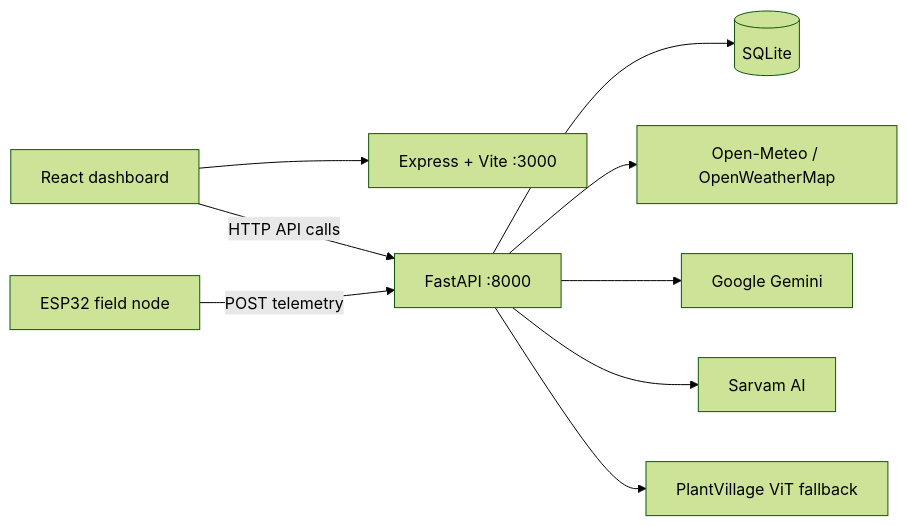
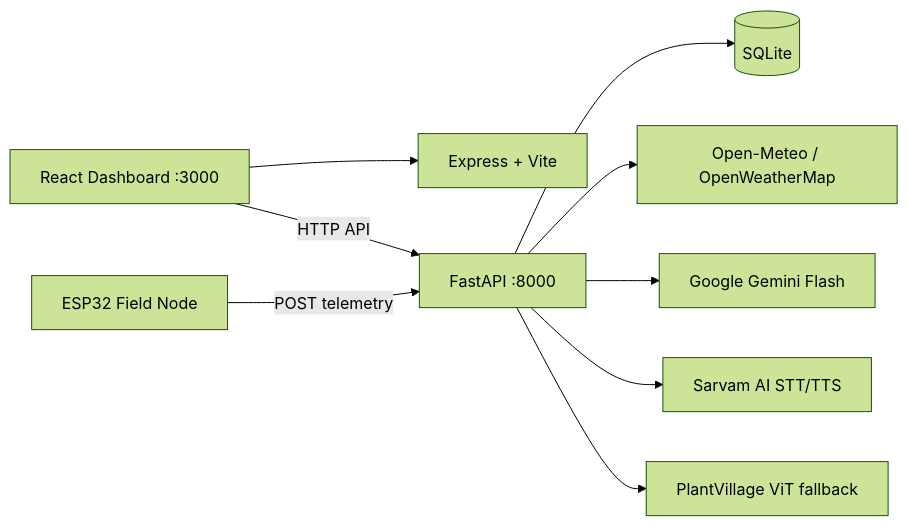
Before and after one commit to abdullah-sidx/Harvex: the diagram in README.md, drawn with Mermaid (forest theme). The commit also changed other lines of this file, not shown here.

````diff
--- a/README.md
+++ b/README.md
@@ -41,11 +51,11 @@
 ```mermaid
 flowchart LR
-    Browser[React dashboard] --> Web[Express + Vite :3000]
-    Browser -->|HTTP API calls| API[FastAPI :8000]
-    ESP32[ESP32 field node] -->|POST telemetry| API
+    Browser[React Dashboard :3000] --> Web[Express + Vite]
+    Browser -->|HTTP API| API[FastAPI :8000]
+    ESP32[ESP32 Field Node] -->|POST telemetry| API
     API --> DB[(SQLite)]
     API --> Weather[Open-Meteo / OpenWeatherMap]
-    API --> Gemini[Google Gemini]
-    API --> Sarvam[Sarvam AI]
+    API --> Gemini[Google Gemini Flash]
+    API --> Sarvam[Sarvam AI STT/TTS]
     API --> ViT[PlantVillage ViT fallback]
 ```
````
